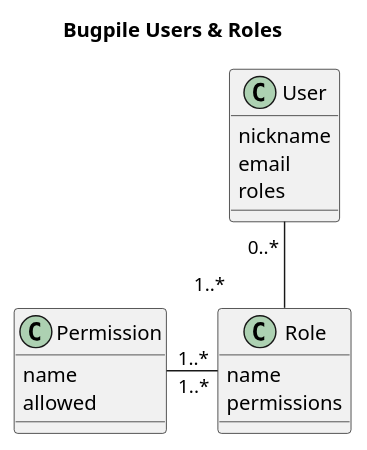
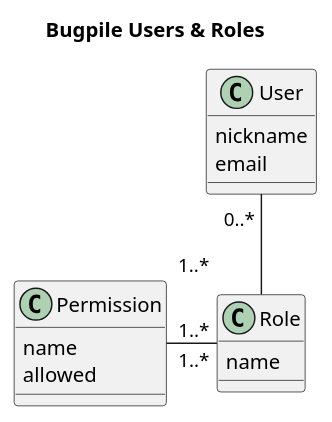
One commit to bzg/bugpile changed diagram 46 of 46 in doc/worg/org-contrib/gsoc2012/student-projects/bugpile/i.org. Above: the diagram before and after it, drawn with PlantUML. The commit also changed other lines of this file and 1 other file, not shown here.

```diff
--- a/doc/worg/org-contrib/gsoc2012/student-projects/bugpile/i.org
+++ b/doc/worg/org-contrib/gsoc2012/student-projects/bugpile/i.org
@@ -1919,8 +1924,8 @@
 #+begin_src plantuml :file ../../../../images/gsoc/2012/bugpile/bugpile-users-roles-class-model.png 
   title Bugpile Users & Roles
-  User : nickname\nemail\nroles
-  Role : name\npermissions
+  User : nickname\nemail
+  Role : name
   Permission : name\nallowed
   User "             0..*" -down- "1..*           " Role
   Role "1..*" -left- "1..*" Permission
 #+end_src
```
